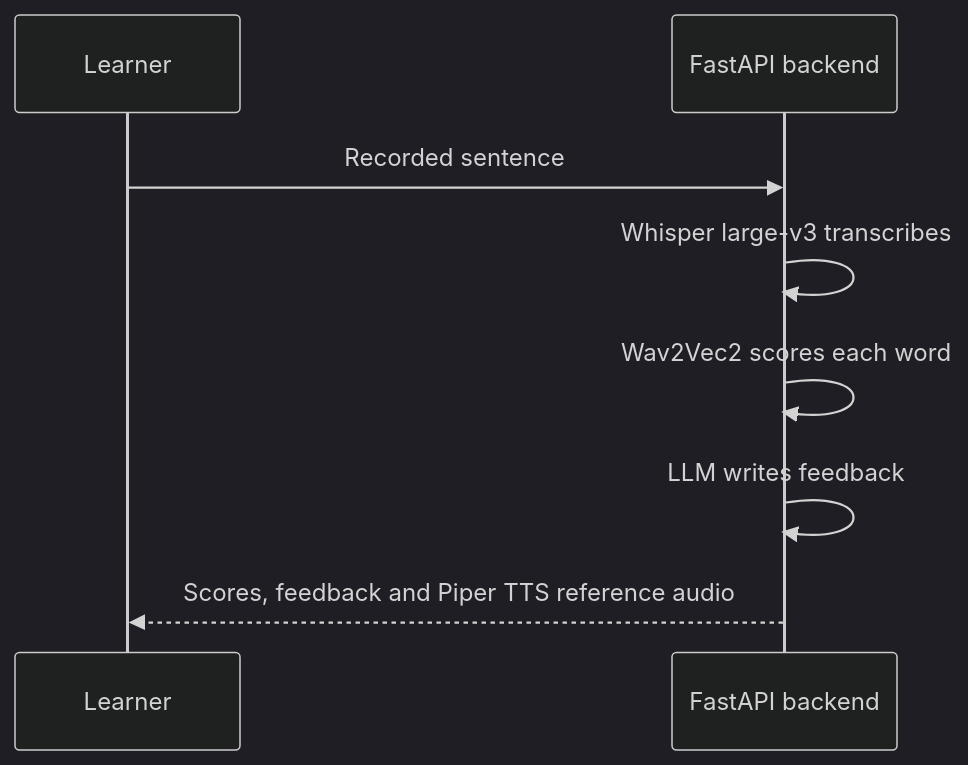
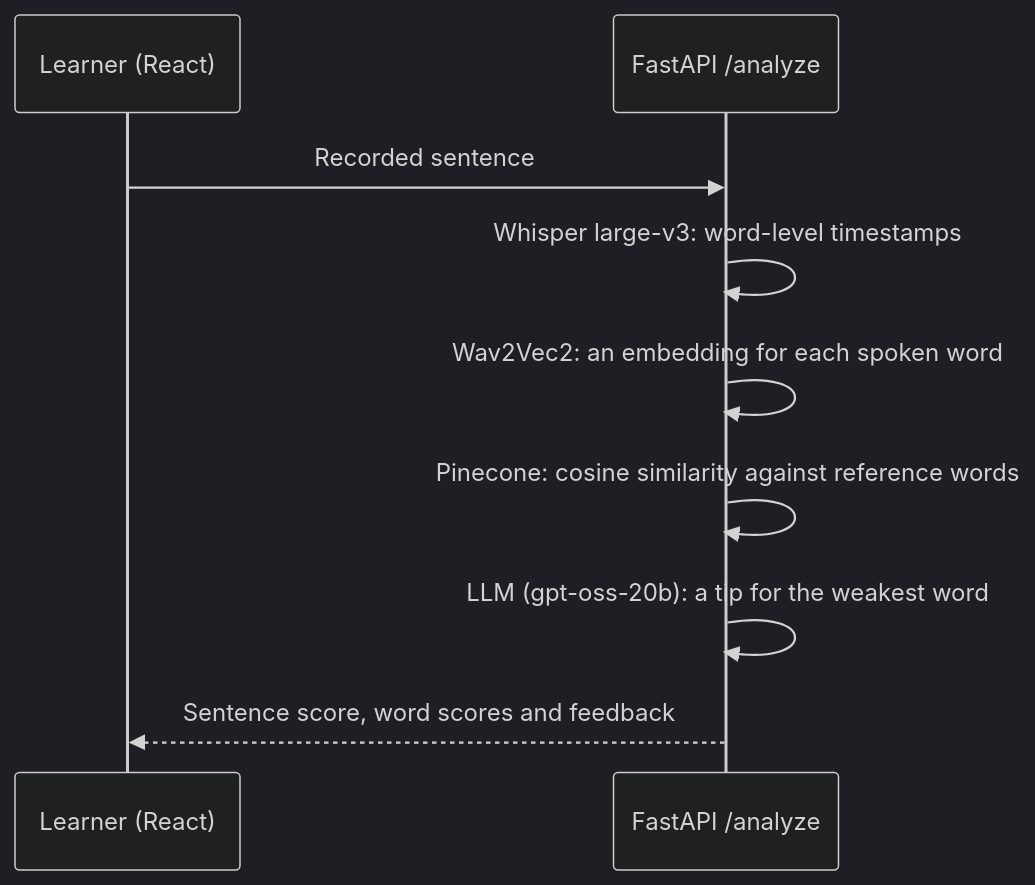
Before and after one commit to devnxh/devnxh.github.io: the diagram in vault/projects/Speech Therapy.md, drawn with Mermaid (dark theme). The commit also changed other lines of this file and 12 other files, not shown here.

````diff
--- a/vault/projects/Speech Therapy.md
+++ b/vault/projects/Speech Therapy.md
@@ -25,10 +28,11 @@
 ```mermaid
 sequenceDiagram
-  participant L as Learner
-  participant A as FastAPI backend
+  participant L as Learner (React)
+  participant A as FastAPI /analyze
   L->>A: Recorded sentence
-  A->>A: Whisper large-v3 transcribes
-  A->>A: Wav2Vec2 scores each word
-  A->>A: LLM writes feedback
-  A-->>L: Scores, feedback and Piper TTS reference audio
+  A->>A: Whisper large-v3: word-level timestamps
+  A->>A: Wav2Vec2: an embedding for each spoken word
+  A->>A: Pinecone: cosine similarity against reference words
+  A->>A: LLM (gpt-oss-20b): a tip for the weakest word
+  A-->>L: Sentence score, word scores and feedback
 ```
````
